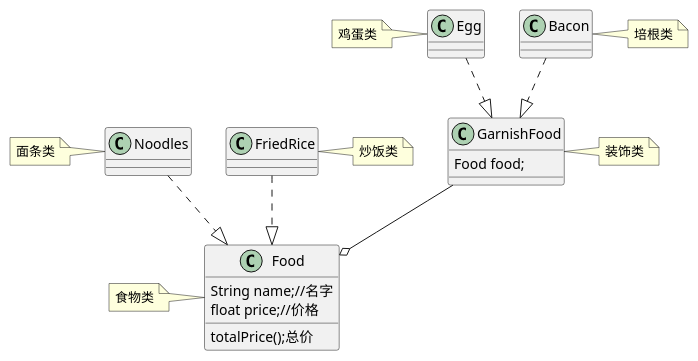
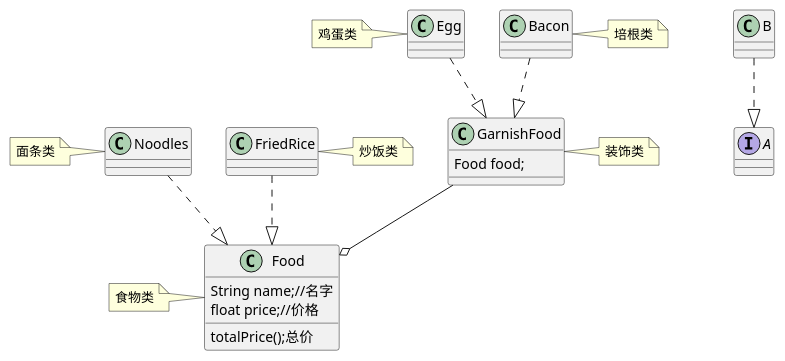
Before and after one commit to langyangyangzzZ/newDesignPattern: the diagram in app/src/main/java/demo/ht/com/design_pattern/decorator_mode/UMLDecorator.puml, drawn with PlantUML. The commit also changed 7 other files, not shown here.

```diff
--- a/app/src/main/java/demo/ht/com/design_pattern/decorator_mode/UMLDecorator.puml
+++ b/app/src/main/java/demo/ht/com/design_pattern/decorator_mode/UMLDecorator.puml
@@ -1,41 +1,48 @@
 @startuml
 
 class Food{
     String name;//名字
      float price;//价格
      totalPrice();总价
 }
 note left:食物类
 
 class Noodles
 note left:面条类
 
 class FriedRice
 note right:炒饭类
 
 FriedRice..|> Food
 
 Noodles..|> Food
 
 GarnishFood --o Food
 
 class GarnishFood{
     Food food;
 }
 
 note right:装饰类
 
 class Egg
 note left:鸡蛋类
 
 class Bacon
 note right :培根类
 
 Egg ..|> GarnishFood
 Bacon ..|> GarnishFood
 
 
+interface A
+
+class B
+
+B ..|> A
+
+
 
 
 
 @enduml
```
